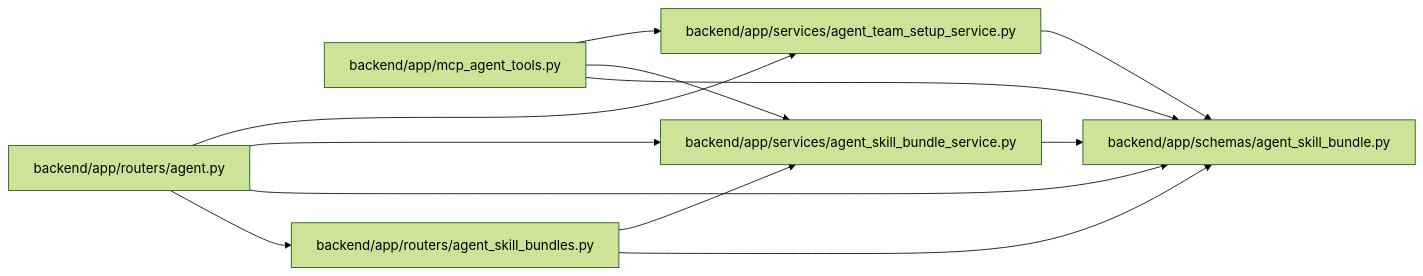
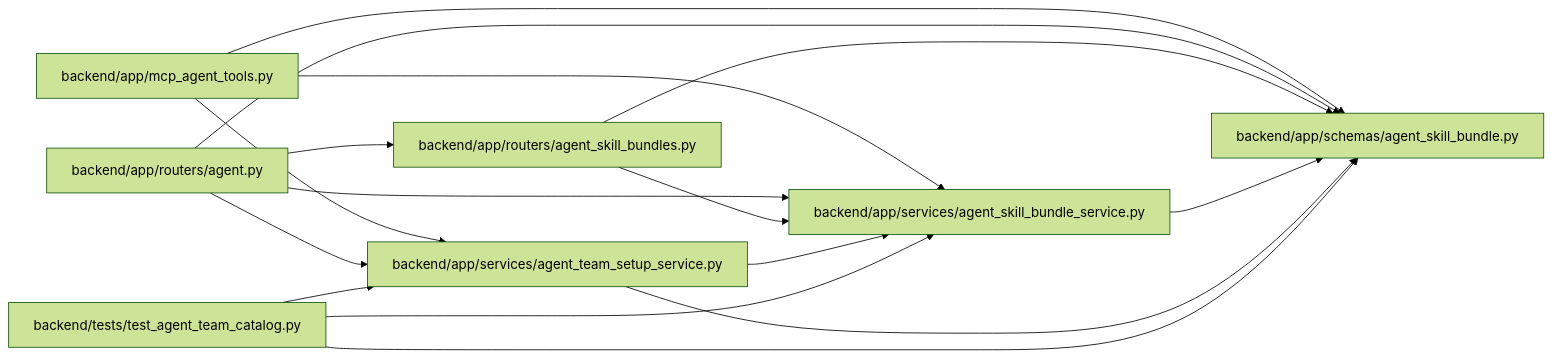
Before and after one commit to Denissvgn/WorkChord: the diagram in docs/llm_wiki/modules/agent_skill_bundle.md, drawn with Mermaid (forest theme). The commit also changed other lines of this file and 239 other files, not shown here.

````diff
--- a/docs/llm_wiki/modules/agent_skill_bundle.md
+++ b/docs/llm_wiki/modules/agent_skill_bundle.md
@@ -20,26 +20,32 @@
 ```mermaid
 flowchart LR
     n0["backend/app/mcp_agent_tools.py"]
     n1["backend/app/routers/agent.py"]
     n2["backend/app/routers/agent_skill_bundles.py"]
     n3["backend/app/schemas/agent_skill_bundle.py"]
     n4["backend/app/services/agent_skill_bundle_service.py"]
     n5["backend/app/services/agent_team_setup_service.py"]
+    n6["backend/tests/test_agent_team_catalog.py"]
     n0 --> n3
     n0 --> n4
     n0 --> n5
     n1 --> n2
     n1 --> n3
     n1 --> n4
     n1 --> n5
     n2 --> n3
     n2 --> n4
     n4 --> n3
     n5 --> n3
+    n5 --> n4
+    n6 --> n3
+    n6 --> n4
+    n6 --> n5
     click n0 "../modules/mcp_agent_tools.md"
     click n1 "../modules/routers_agent.md"
     click n2 "../modules/agent_skill_bundles.md"
     click n3 "../modules/agent_skill_bundle.md"
     click n4 "../modules/agent_skill_bundle_service.md"
     click n5 "../modules/agent_team_setup_service.md"
+    click n6 "../modules/test_agent_team_catalog.md"
 ```
````
